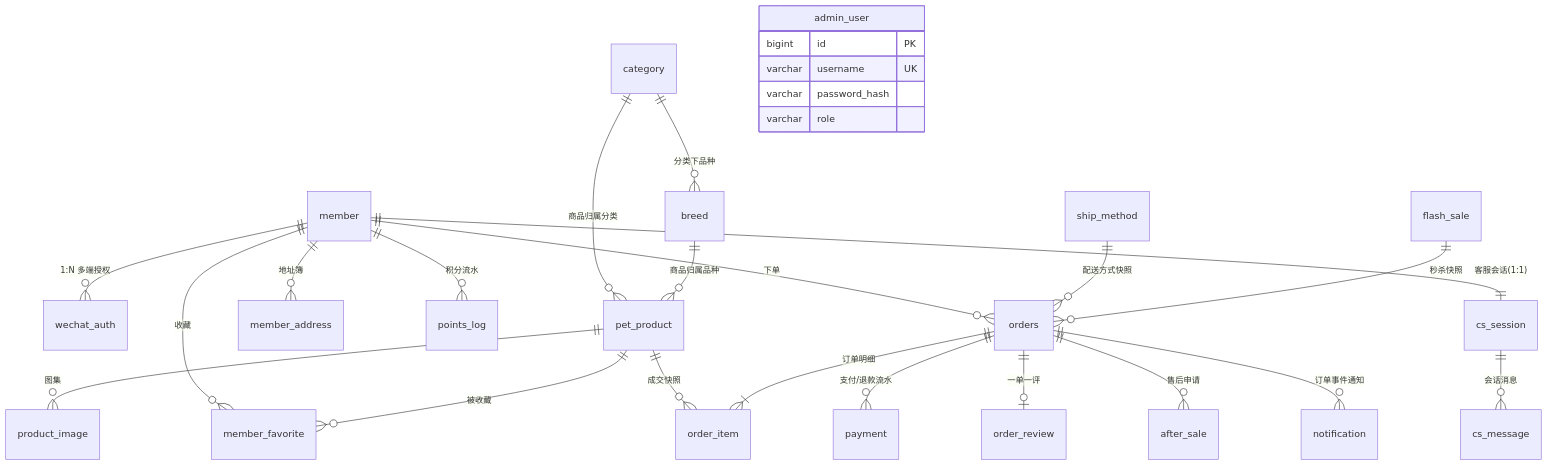
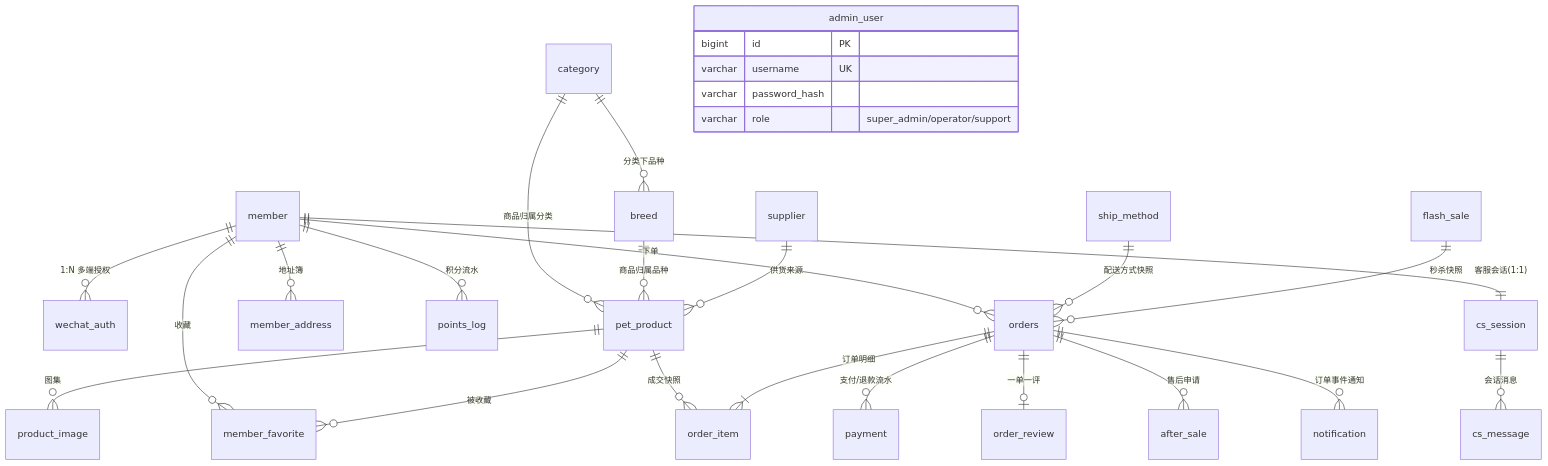
One commit to zhangtangzhao/pet-web changed the diagram in docs/03-数据库设计.md. Above: the diagram before and after it, drawn with Mermaid. The commit also changed other lines of this file and 61 other files, not shown here.

````diff
--- a/docs/03-数据库设计.md
+++ b/docs/03-数据库设计.md
@@ -19,32 +19,33 @@
 ```mermaid
 erDiagram
     member ||--o{ wechat_auth : "1:N 多端授权"
     member ||--o{ member_favorite : "收藏"
     member ||--o{ orders : "下单"
     member ||--o{ member_address : "地址簿"
     member ||--o{ points_log : "积分流水"
     member ||--|| cs_session : "客服会话(1:1)"
 
     category ||--o{ breed : "分类下品种"
     category ||--o{ pet_product : "商品归属分类"
     breed ||--o{ pet_product : "商品归属品种"
+    supplier ||--o{ pet_product : "供货来源"
     pet_product ||--o{ product_image : "图集"
     pet_product ||--o{ member_favorite : "被收藏"
     pet_product ||--o{ order_item : "成交快照"
 
     orders ||--|{ order_item : "订单明细"
     orders ||--o{ payment : "支付/退款流水"
     orders ||--o| order_review : "一单一评"
     orders ||--o{ after_sale : "售后申请"
     orders ||--o{ notification : "订单事件通知"
     ship_method ||--o{ orders : "配送方式快照"
     flash_sale ||--o{ orders : "秒杀快照"
     cs_session ||--o{ cs_message : "会话消息"
 
     admin_user {
         bigint id PK
         varchar username UK
         varchar password_hash
-        varchar role
+        varchar role "super_admin/operator/support"
     }
 ```
````
